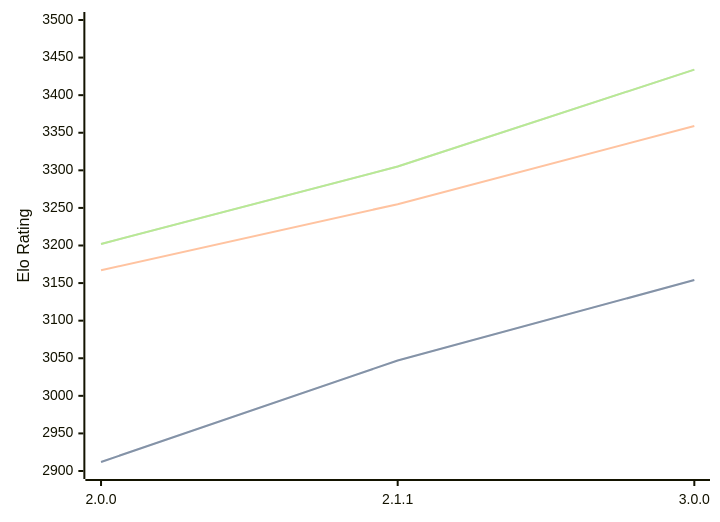
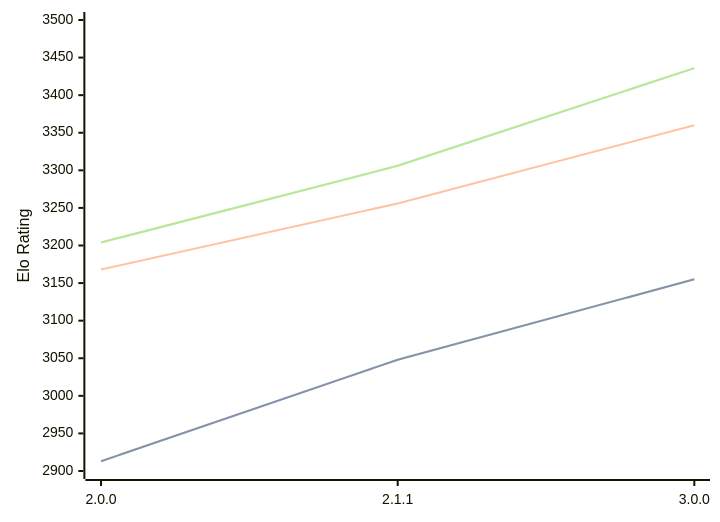
One commit to computer-chess-index/cci changed the diagram in engines/Bread.md. Above: the diagram before and after it, drawn with Mermaid. The commit also changed other lines of this file, not shown here.

Commit message:
Update CCI Ratings (ELO VLTC) - 2026-05-16

````diff
--- a/engines/Bread.md
+++ b/engines/Bread.md
@@ -51,11 +51,11 @@
 ```mermaid
 %%{init: {"theme":"base","themeVariables":{"seriesColors:['#a3a3a3','#222221','#faa371']}}}%%
 xychart-beta
   x-axis ["2.0.0", "2.1.1", "3.0.0"]
   y-axis "Elo Rating" 2900 --> 3500
-  line "STC (8.0+0.08s)" [2912, 3047, 3154]
-  line "STC (8.0+0.08s)" [2912, 3047, 3154]
-  line "LTC (60.0+0.60s)" [3167, 3255, 3359]
-  line "VLTC (2m24s+1.12s)" [3202, 3305, 3434]
-  line "VLTC (2m24s+1.12s)" [3202, 3305, 3434]
+  line "STC (8.0+0.08s)" [2913, 3048, 3155]
+  line "STC (8.0+0.08s)" [2913, 3048, 3155]
+  line "LTC (60.0+0.60s)" [3168, 3256, 3360]
+  line "VLTC (2m24s+1.12s)" [3204, 3306, 3436]
+  line "VLTC (2m24s+1.12s)" [3204, 3306, 3436]
 ```
````
